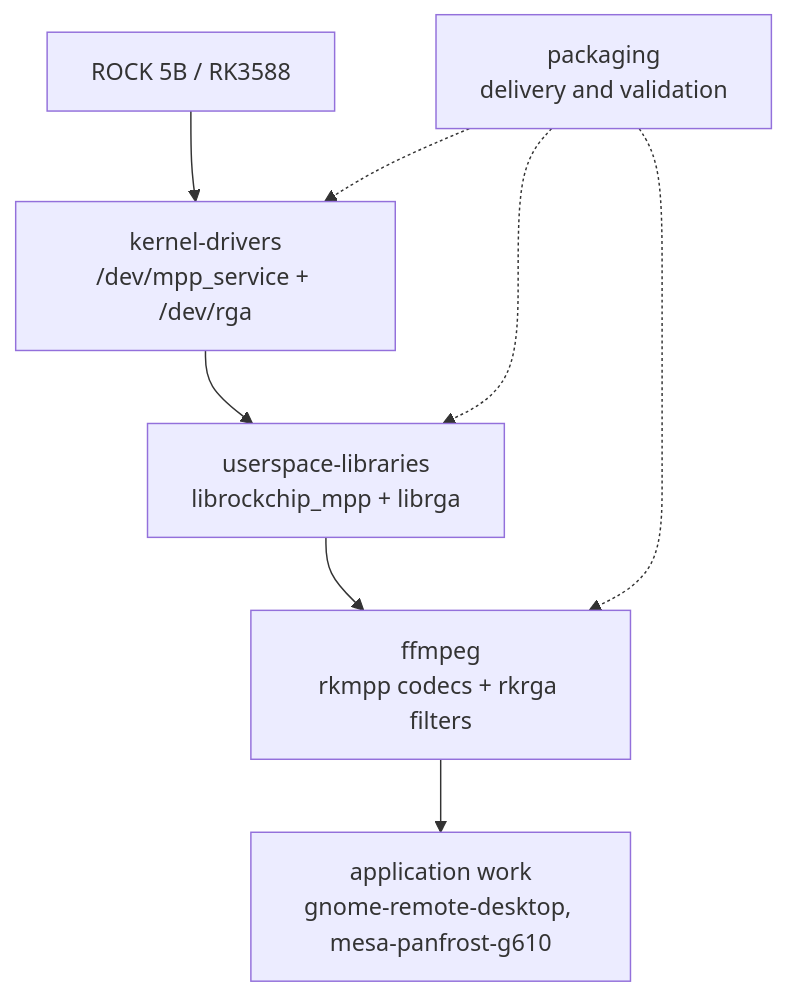
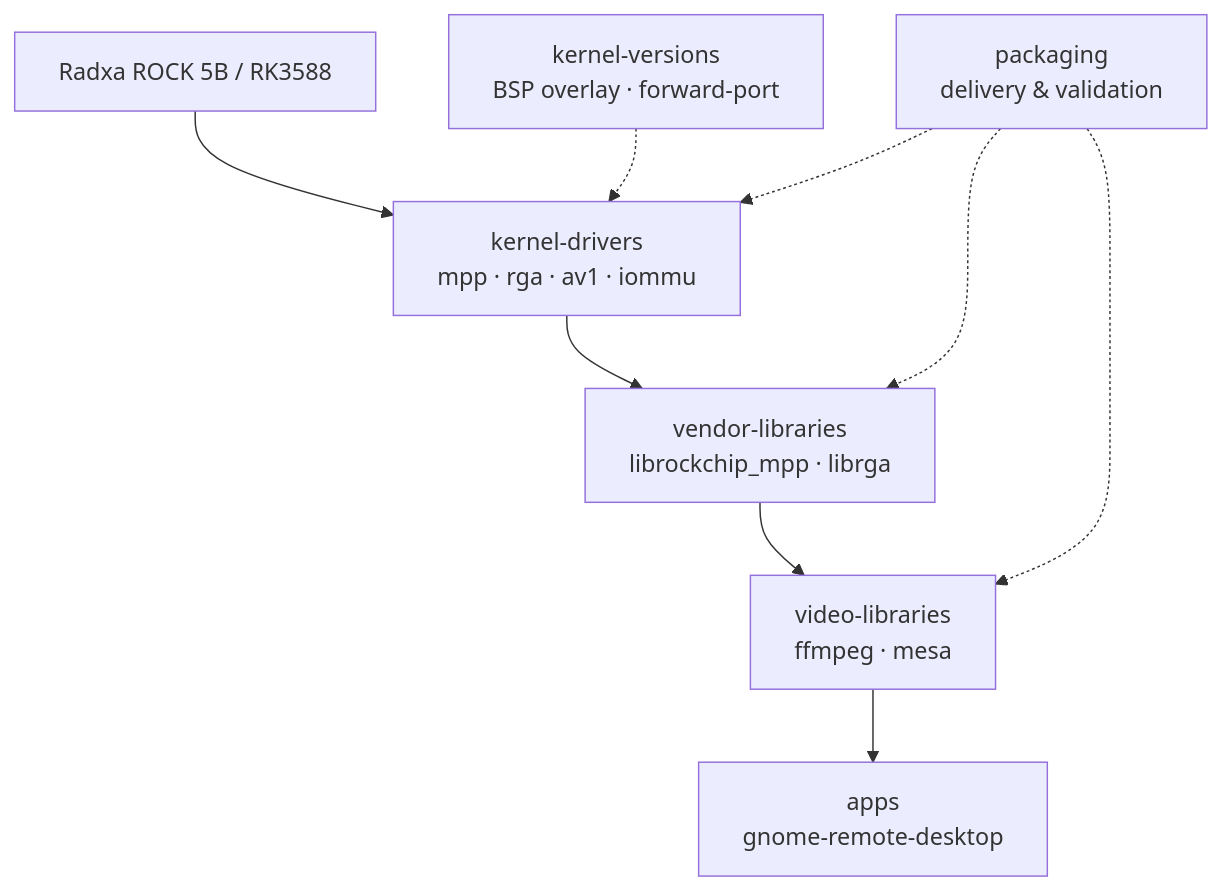
Before and after one commit to yisding/rock-5b-ysp: the diagram in README.md, drawn with Mermaid. The commit also changed other lines of this file and 199 other files, not shown here.

````diff
--- a/README.md
+++ b/README.md
@@ -33,14 +28,17 @@
 ```mermaid
 flowchart TB
-  board["ROCK 5B / RK3588"]
-  kernel["kernel-drivers<br/>/dev/mpp_service + /dev/rga"]
-  libs["userspace-libraries<br/>librockchip_mpp + librga"]
-  ffmpeg["ffmpeg<br/>rkmpp codecs + rkrga filters"]
-  apps["application work<br/>gnome-remote-desktop, mesa-panfrost-g610"]
-  packaging["packaging<br/>delivery and validation"]
+  board["Radxa ROCK 5B / RK3588"]
+  kver["kernel-versions<br/>BSP overlay · forward-port"]
+  kernel["kernel-drivers<br/>mpp · rga · av1 · iommu"]
+  libs["vendor-libraries<br/>librockchip_mpp · librga"]
+  video["video-libraries<br/>ffmpeg · mesa"]
+  apps["apps<br/>gnome-remote-desktop"]
+  packaging["packaging<br/>delivery & validation"]
 
-  board --> kernel --> libs --> ffmpeg --> apps
+  board --> kernel
+  kver -.-> kernel
+  kernel --> libs --> video --> apps
   packaging -.-> kernel
   packaging -.-> libs
-  packaging -.-> ffmpeg
+  packaging -.-> video
 ```
````
